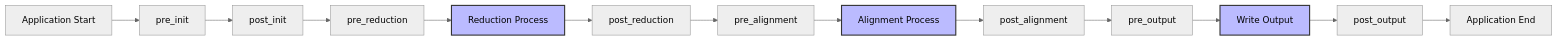
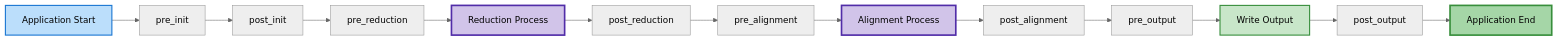
Before and after one commit to bfowle/talaria: the sixth of 6 diagrams in docs/src/development/architecture.md, drawn with Mermaid (neutral theme). The commit also changed other lines of this file and 104 other files, not shown here.

Commit message:
feat: implement content-addressed storage graph (CASG) foundation

````diff
--- a/docs/src/development/architecture.md
+++ b/docs/src/development/architecture.md
@@ -419,19 +438,21 @@
 ```mermaid
 flowchart LR
     A[Application Start] --> B[pre_init]
     B --> C[post_init]
     C --> D[pre_reduction]
     D --> E[Reduction Process]
     E --> F[post_reduction]
     F --> G[pre_alignment]
     G --> H[Alignment Process]
     H --> I[post_alignment]
     I --> J[pre_output]
     J --> K[Write Output]
     K --> L[post_output]
     L --> M[Application End]
     
-    style E fill:#bbf,stroke:#333,stroke-width:2px
-    style H fill:#bbf,stroke:#333,stroke-width:2px
-    style K fill:#bbf,stroke:#333,stroke-width:2px
+    style A stroke:#1976d2,stroke-width:2px,fill:#bbdefb
+    style E stroke:#512da8,stroke-width:3px,fill:#d1c4e9
+    style H stroke:#512da8,stroke-width:3px,fill:#d1c4e9
+    style K stroke:#388e3c,stroke-width:2px,fill:#c8e6c9
+    style M stroke:#388e3c,stroke-width:3px,fill:#a5d6a7
 ```
````
